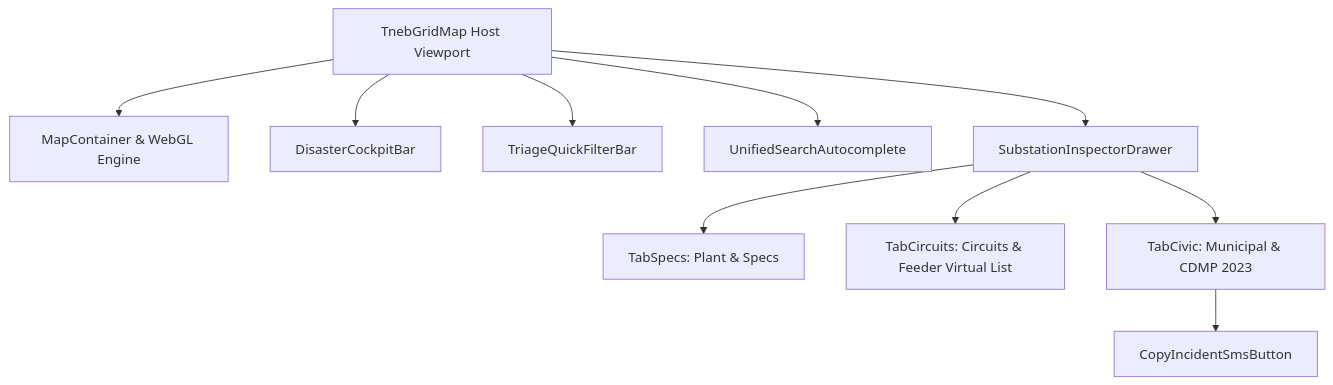
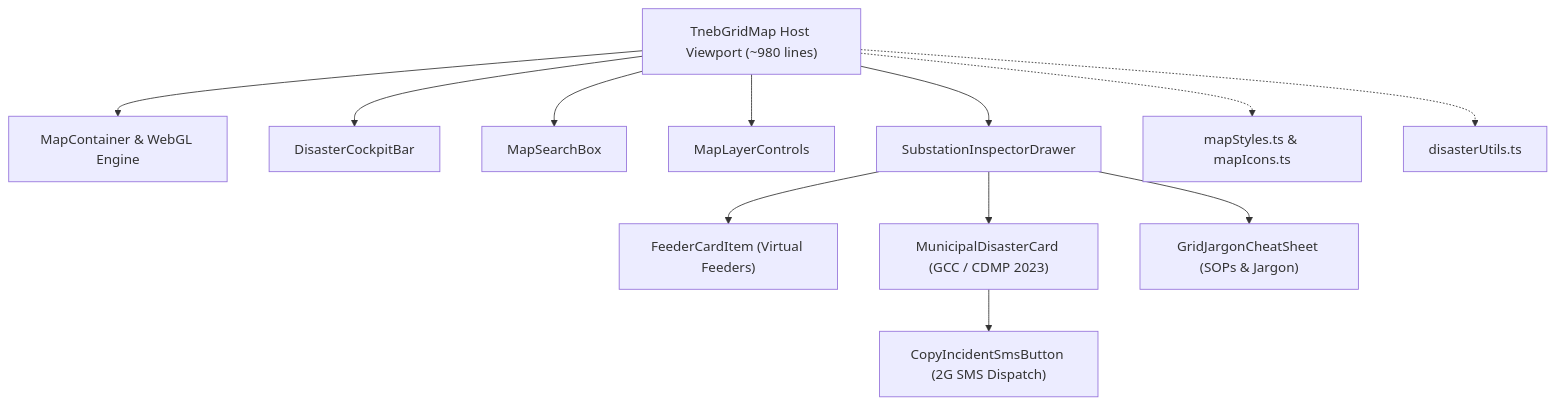
Before and after one commit to rsiva2294/surgegrid-ai: the diagram in docs/07-crisis-resilience-and-maps-optimization.md, drawn with Mermaid. The commit also changed other lines of this file and 1 other file, not shown here.

````diff
--- a/docs/07-crisis-resilience-and-maps-optimization.md
+++ b/docs/07-crisis-resilience-and-maps-optimization.md
@@ -216,12 +216,14 @@
 ```mermaid
 graph TD
-    A["TnebGridMap Host Viewport"] --> B["MapContainer & WebGL Engine"]
+    A["TnebGridMap Host Viewport (~980 lines)"] --> B["MapContainer & WebGL Engine"]
     A --> C["DisasterCockpitBar"]
-    A --> D["TriageQuickFilterBar"]
-    A --> E["UnifiedSearchAutocomplete"]
+    A --> D["MapSearchBox"]
+    A --> E["MapLayerControls"]
     A --> F["SubstationInspectorDrawer"]
-    F --> G["TabSpecs: Plant & Specs"]
-    F --> H["TabCircuits: Circuits & Feeder Virtual List"]
-    F --> I["TabCivic: Municipal & CDMP 2023"]
-    I --> J["CopyIncidentSmsButton"]
+    F --> G["FeederCardItem (Virtual Feeders)"]
+    F --> H["MunicipalDisasterCard (GCC / CDMP 2023)"]
+    F --> I["GridJargonCheatSheet (SOPs & Jargon)"]
+    H --> J["CopyIncidentSmsButton (2G SMS Dispatch)"]
+    A -.-> K["mapStyles.ts & mapIcons.ts"]
+    A -.-> L["disasterUtils.ts"]
 ```
````
